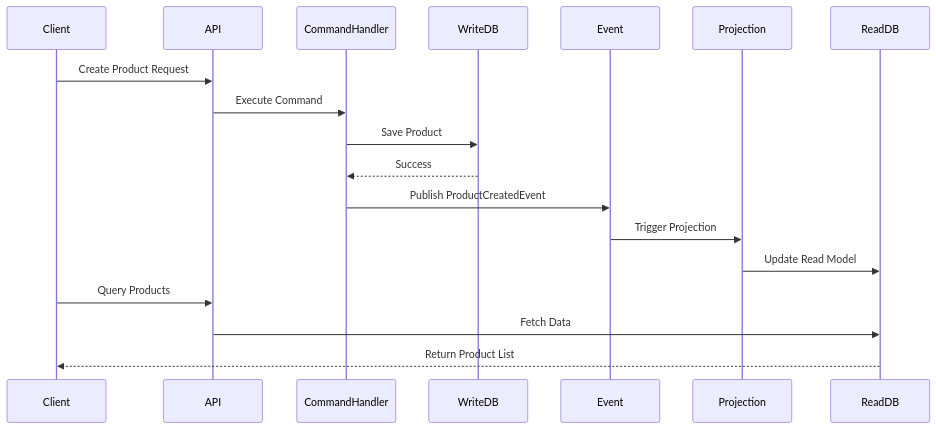
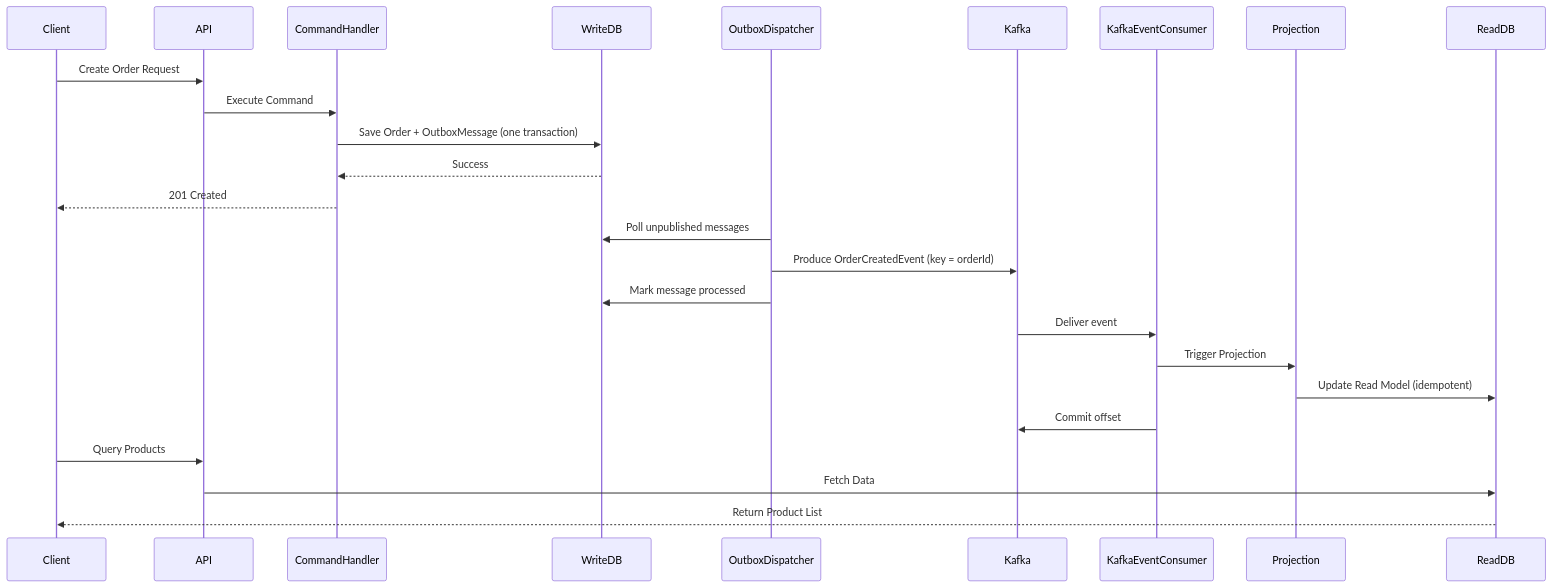
Before and after one commit to ayoolaniyan/ecom-api: the second of 3 diagrams in README.md, drawn with Mermaid. The commit also changed other lines of this file and 20 other files, not shown here.

First line of the commit message:
feat: stream domain events through Kafka with a transactional outbox

````diff
--- a/README.md
+++ b/README.md
@@ -74,21 +80,28 @@
 ``` mermaid
 sequenceDiagram
     participant Client
     participant API
     participant CommandHandler
     participant WriteDB
-    participant Event
+    participant Dispatcher as OutboxDispatcher
+    participant Kafka
+    participant Consumer as KafkaEventConsumer
     participant Projection
     participant ReadDB
 
-    Client->>API: Create Product Request
+    Client->>API: Create Order Request
     API->>CommandHandler: Execute Command
-    CommandHandler->>WriteDB: Save Product
+    CommandHandler->>WriteDB: Save Order + OutboxMessage (one transaction)
     WriteDB-->>CommandHandler: Success
-    CommandHandler->>Event: Publish ProductCreatedEvent
-    Event->>Projection: Trigger Projection
-    Projection->>ReadDB: Update Read Model
+    CommandHandler-->>Client: 201 Created
+    Dispatcher->>WriteDB: Poll unpublished messages
+    Dispatcher->>Kafka: Produce OrderCreatedEvent (key = orderId)
+    Dispatcher->>WriteDB: Mark message processed
+    Kafka->>Consumer: Deliver event
+    Consumer->>Projection: Trigger Projection
+    Projection->>ReadDB: Update Read Model (idempotent)
+    Consumer->>Kafka: Commit offset
     Client->>API: Query Products
     API->>ReadDB: Fetch Data
     ReadDB-->>Client: Return Product List
 ```
````
